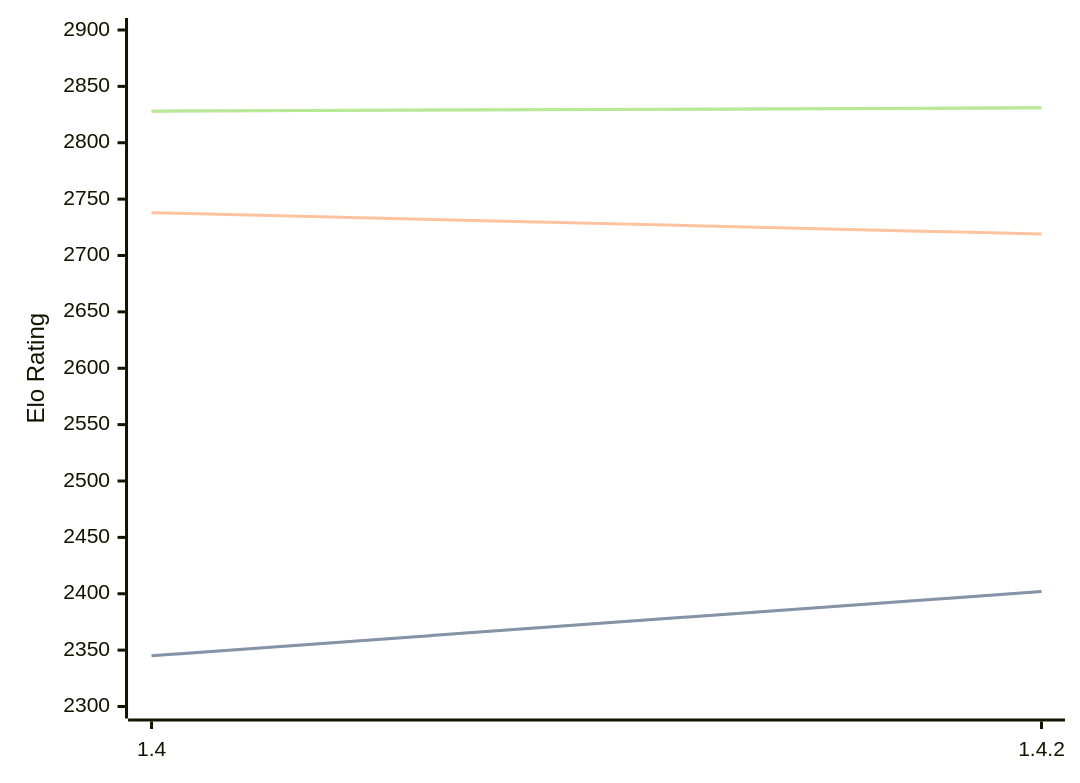
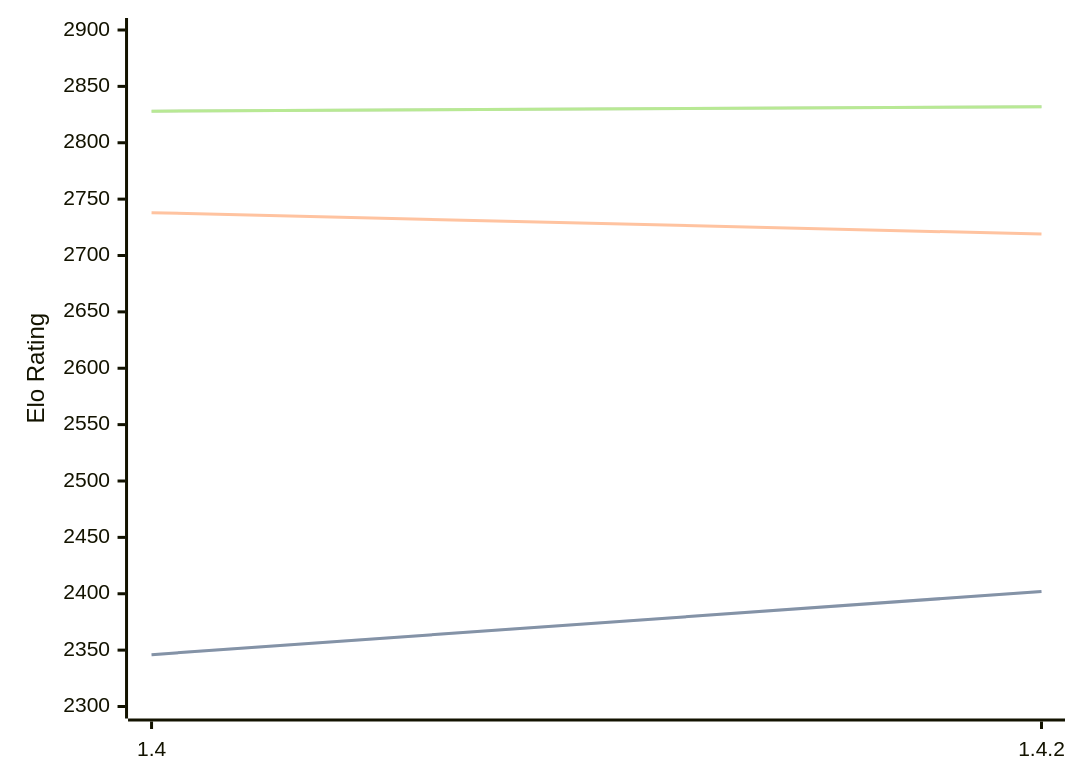
Before and after one commit to computer-chess-index/cci: the diagram in engines/Spike.md, drawn with Mermaid. The commit also changed other lines of this file, not shown here.

Commit message:
Update CCI Ratings (ELO VLTC) - 2026-10-02

````diff
--- a/engines/Spike.md
+++ b/engines/Spike.md
@@ -32,11 +32,11 @@
 ```mermaid
 %%{init: {"theme":"base","themeVariables":{"seriesColors:['#a3a3a3','#222221','#faa371']}}}%%
 xychart-beta
   x-axis ["1.4", "1.4.2"]
   y-axis "Elo Rating" 2300 --> 2900
-  line "" [2345, 2402]
-  line "STC (8.0+0.08s)" [2345, 2402]
+  line "" [2346, 2402]
+  line "STC (8.0+0.08s)" [2346, 2402]
   line "LTC (60.0+0.60s)" [2738, 2719]
-  line "" [2828, 2831]
-  line "VLTC (2m24s+1.12s)" [2828, 2831]
+  line "" [2828, 2832]
+  line "VLTC (2m24s+1.12s)" [2828, 2832]
 ```
````
